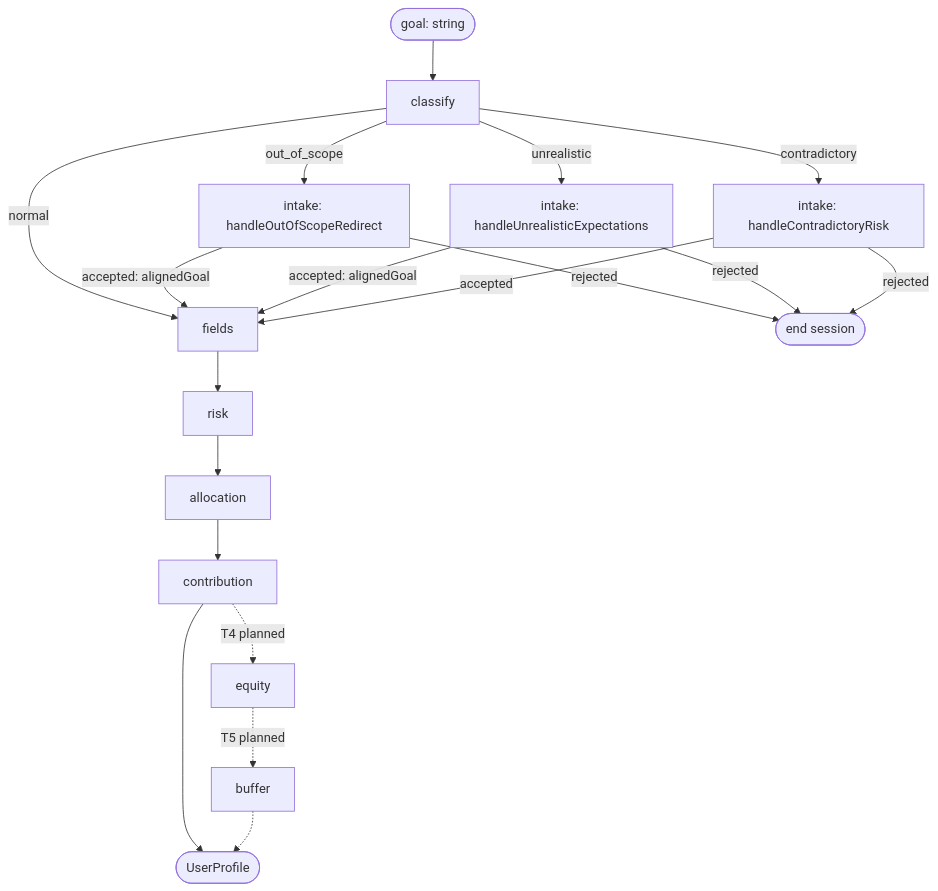
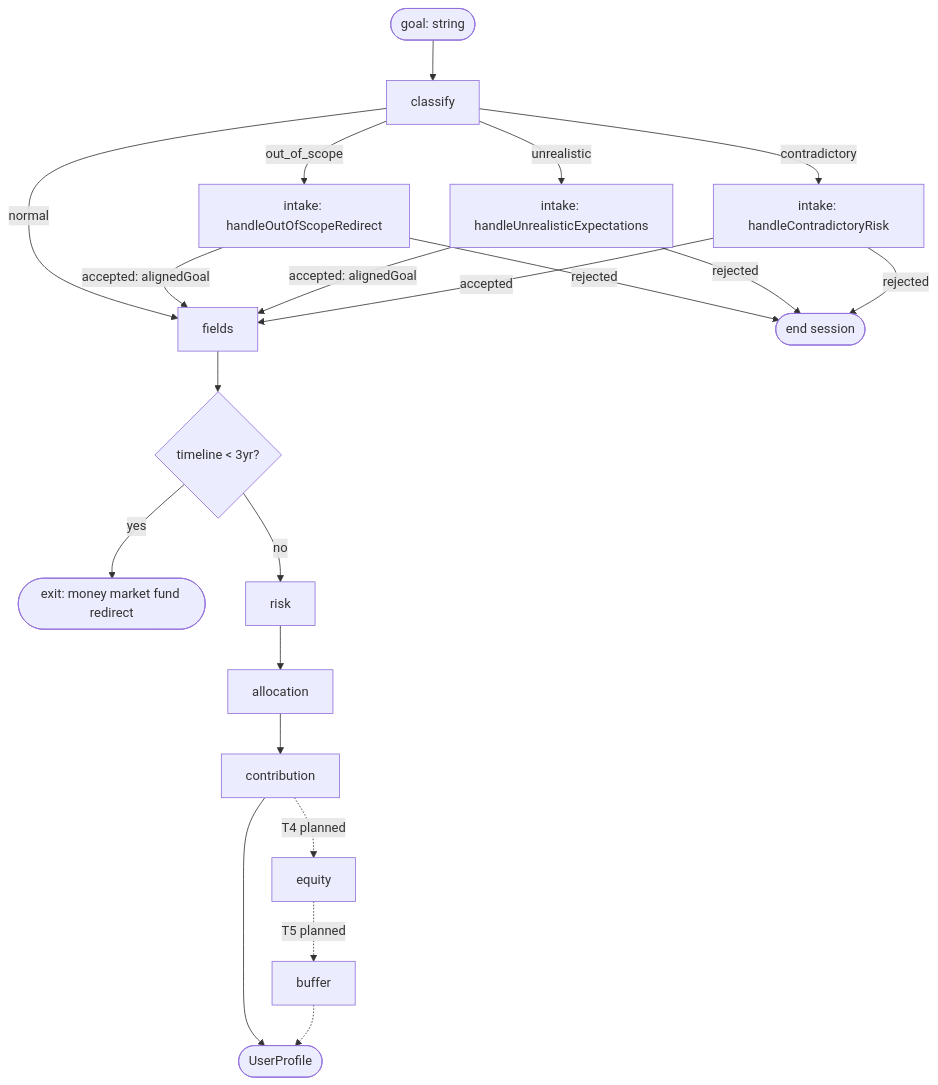
Before and after one commit to itayg43/lazy-advisor: the diagram in documentation/ARCHITECTURE.md, drawn with Mermaid. The commit also changed other lines of this file and 9 other files, not shown here.

````diff
--- a/documentation/ARCHITECTURE.md
+++ b/documentation/ARCHITECTURE.md
@@ -13,23 +13,25 @@
 ```mermaid
 flowchart TD
     Start([goal: string]) --> Classify[classify]
     Classify -->|normal| Fields[fields]
     Classify -->|out_of_scope| OOS[intake: handleOutOfScopeRedirect]
     Classify -->|unrealistic| Unreal[intake: handleUnrealisticExpectations]
     Classify -->|contradictory| Contra[intake: handleContradictoryRisk]
 
     OOS -->|accepted: alignedGoal| Fields
     OOS -->|rejected| End([end session])
     Unreal -->|accepted: alignedGoal| Fields
     Unreal -->|rejected| End
     Contra -->|accepted| Fields
     Contra -->|rejected| End
 
-    Fields --> Risk[risk]
+    Fields --> ShortHorizon{timeline < 3yr?}
+    ShortHorizon -->|yes| ExitShort([exit: money market fund redirect])
+    ShortHorizon -->|no| Risk[risk]
     Risk --> Allocation[allocation]
     Allocation --> Contribution[contribution]
     Contribution --> Profile([UserProfile])
     Contribution -.->|T4 planned| Equity[equity]
     Equity -.->|T5 planned| Buffer[buffer]
     Buffer -.-> Profile
 ```
````
